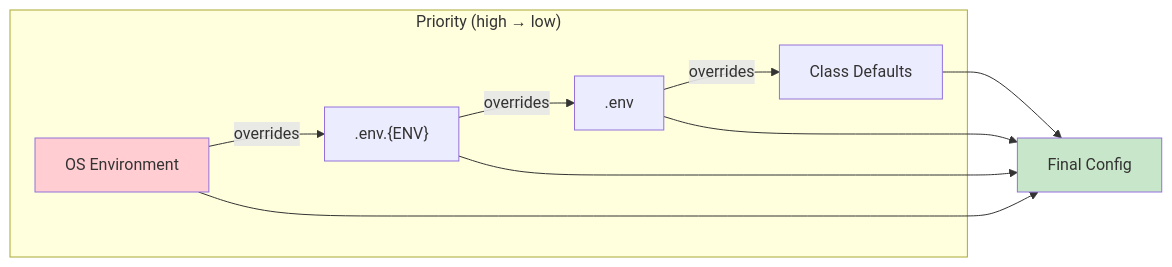
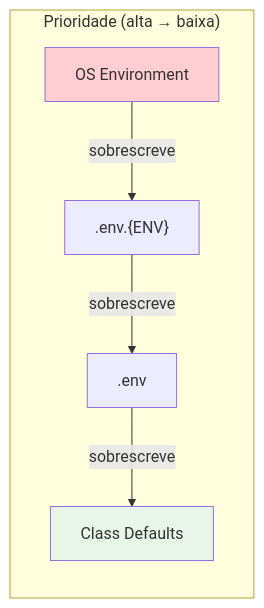
The second of 2 diagrams in docs/02-settings.md (SorPuti/core-framework), drawn with Mermaid before and after one commit. The commit also changed other lines of this file and 22 other files, not shown here.

````diff
--- a/docs/02-settings.md
+++ b/docs/02-settings.md
@@ -7,21 +35,16 @@
 ```mermaid
 flowchart LR
-    subgraph Priority["Priority (high → low)"]
+    subgraph Priority["Prioridade (alta → baixa)"]
         ENV[OS Environment]
         ENVF[".env.{ENV}"]
         ENVB[".env"]
         DEF[Class Defaults]
     end
     
-    ENV --> |overrides| ENVF
-    ENVF --> |overrides| ENVB
-    ENVB --> |overrides| DEF
-    
-    DEF --> CFG[Final Config]
-    ENVB --> CFG
-    ENVF --> CFG
-    ENV --> CFG
+    ENV --> |sobrescreve| ENVF
+    ENVF --> |sobrescreve| ENVB
+    ENVB --> |sobrescreve| DEF
     
     style ENV fill:#ffcdd2
-    style CFG fill:#c8e6c9
+    style DEF fill:#e8f5e9
 ```
````
